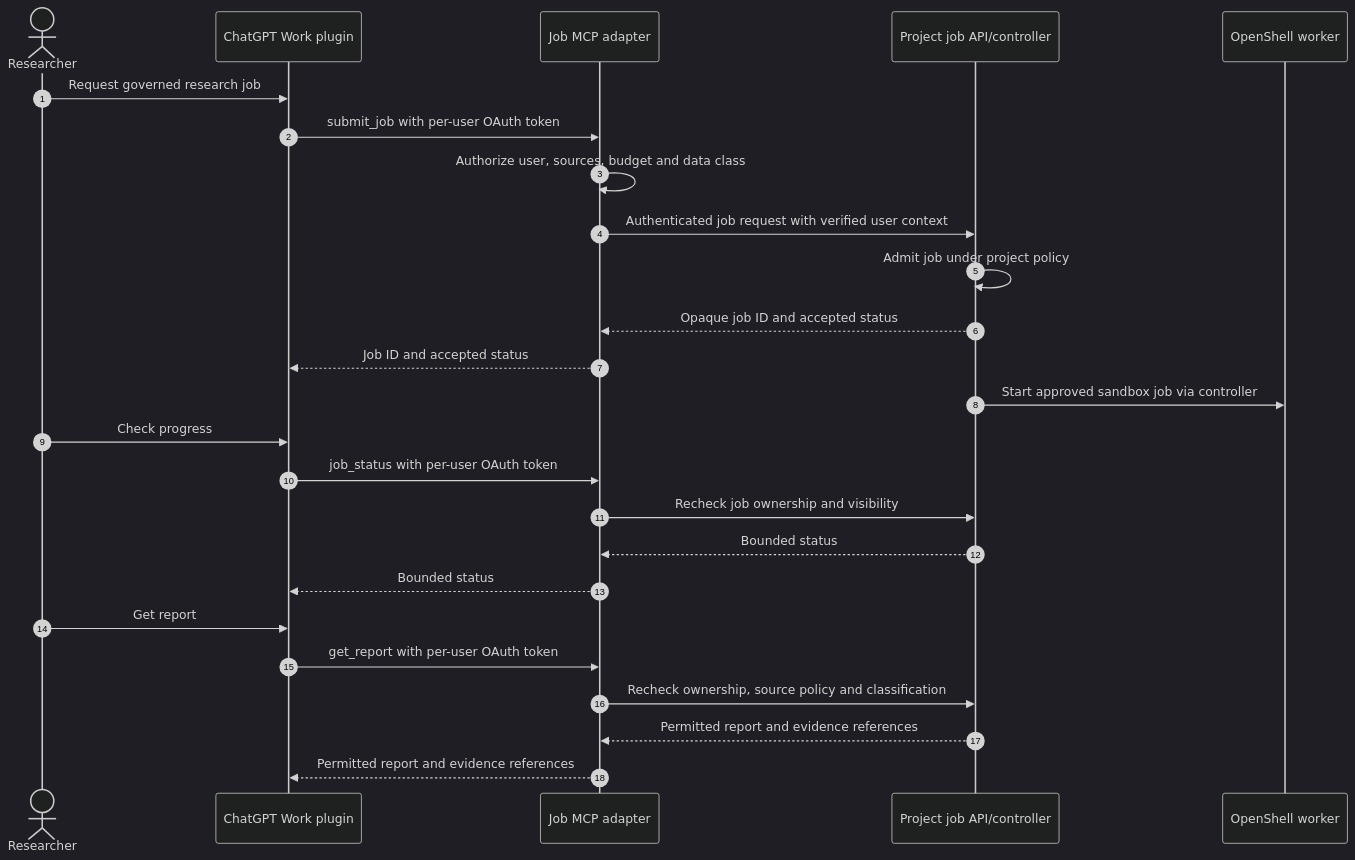
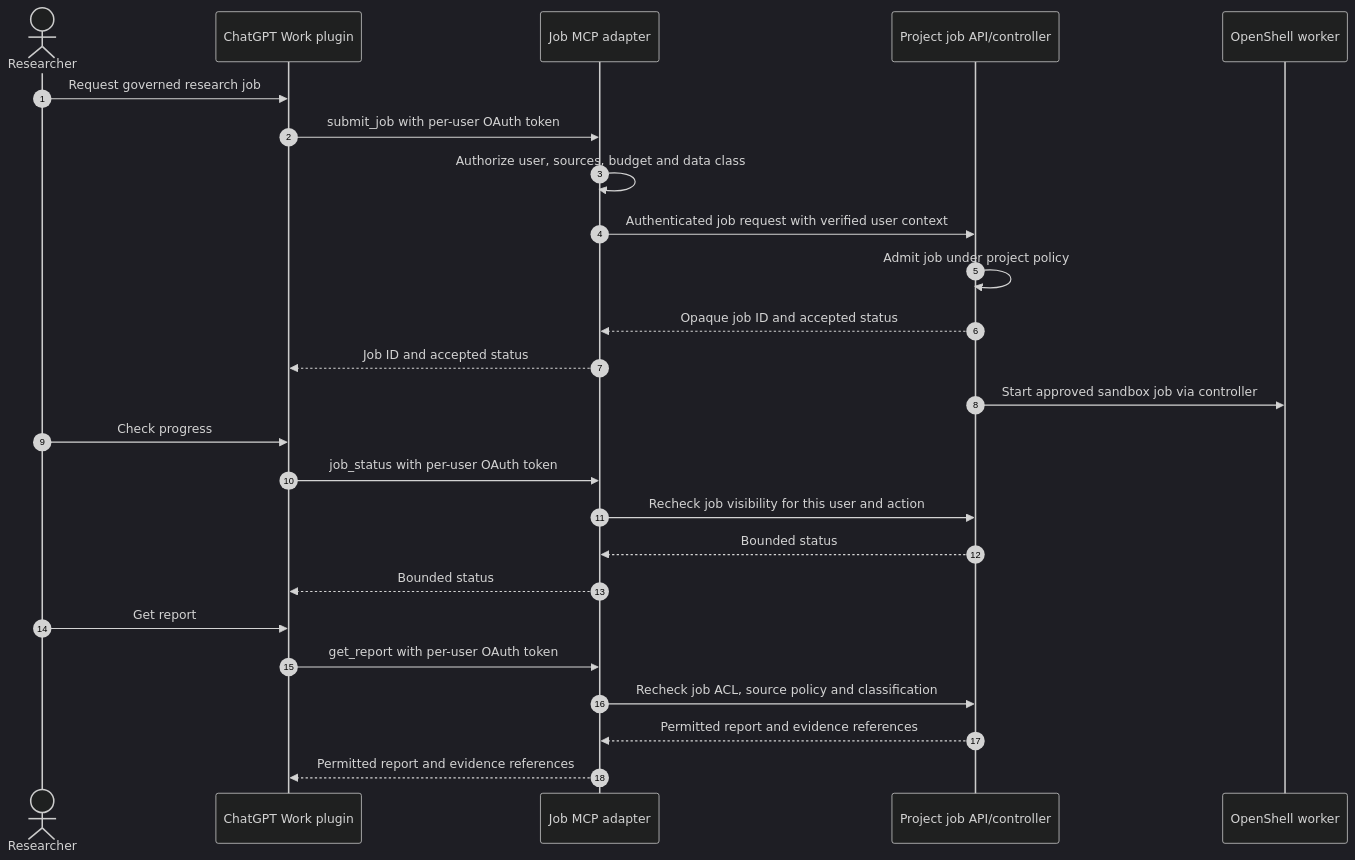
One commit to gvaibhav/openshell-deep-research-platform changed the fourth of 4 diagrams in docs/design/chatgpt-enterprise-integration.md. Above: the diagram before and after it, drawn with Mermaid (dark theme). The commit also changed other lines of this file and 41 other files, not shown here.

````diff
--- a/docs/design/chatgpt-enterprise-integration.md
+++ b/docs/design/chatgpt-enterprise-integration.md
@@ -115,28 +115,28 @@
 ```mermaid
 sequenceDiagram
     autonumber
     actor User as Researcher
     participant CG as ChatGPT Work plugin
     participant MCP as Job MCP adapter
     participant API as Project job API/controller
     participant OS as OpenShell worker
 
     User->>CG: Request governed research job
     CG->>MCP: submit_job with per-user OAuth token
     MCP->>MCP: Authorize user, sources, budget and data class
     MCP->>API: Authenticated job request with verified user context
     API->>API: Admit job under project policy
     API-->>MCP: Opaque job ID and accepted status
     MCP-->>CG: Job ID and accepted status
     API->>OS: Start approved sandbox job via controller
     User->>CG: Check progress
     CG->>MCP: job_status with per-user OAuth token
-    MCP->>API: Recheck job ownership and visibility
+    MCP->>API: Recheck job visibility for this user and action
     API-->>MCP: Bounded status
     MCP-->>CG: Bounded status
     User->>CG: Get report
     CG->>MCP: get_report with per-user OAuth token
-    MCP->>API: Recheck ownership, source policy and classification
+    MCP->>API: Recheck job ACL, source policy and classification
     API-->>MCP: Permitted report and evidence references
     MCP-->>CG: Permitted report and evidence references
 ```
````
